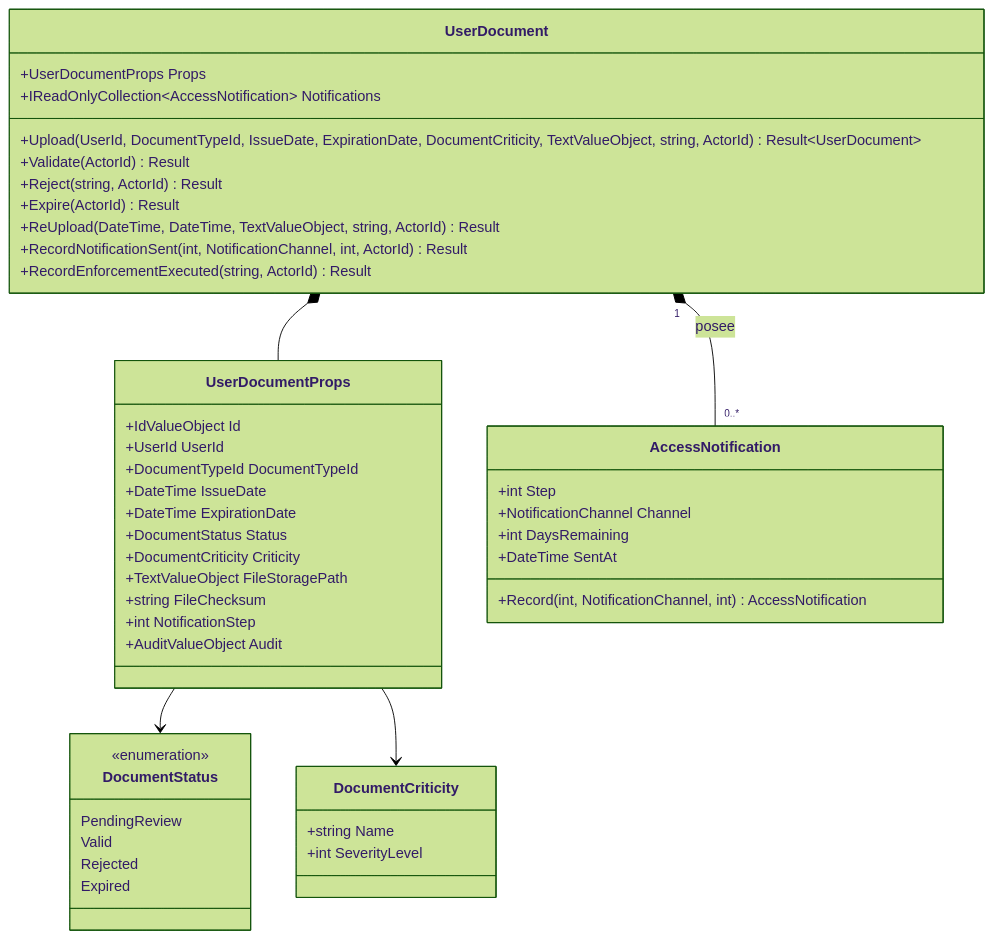
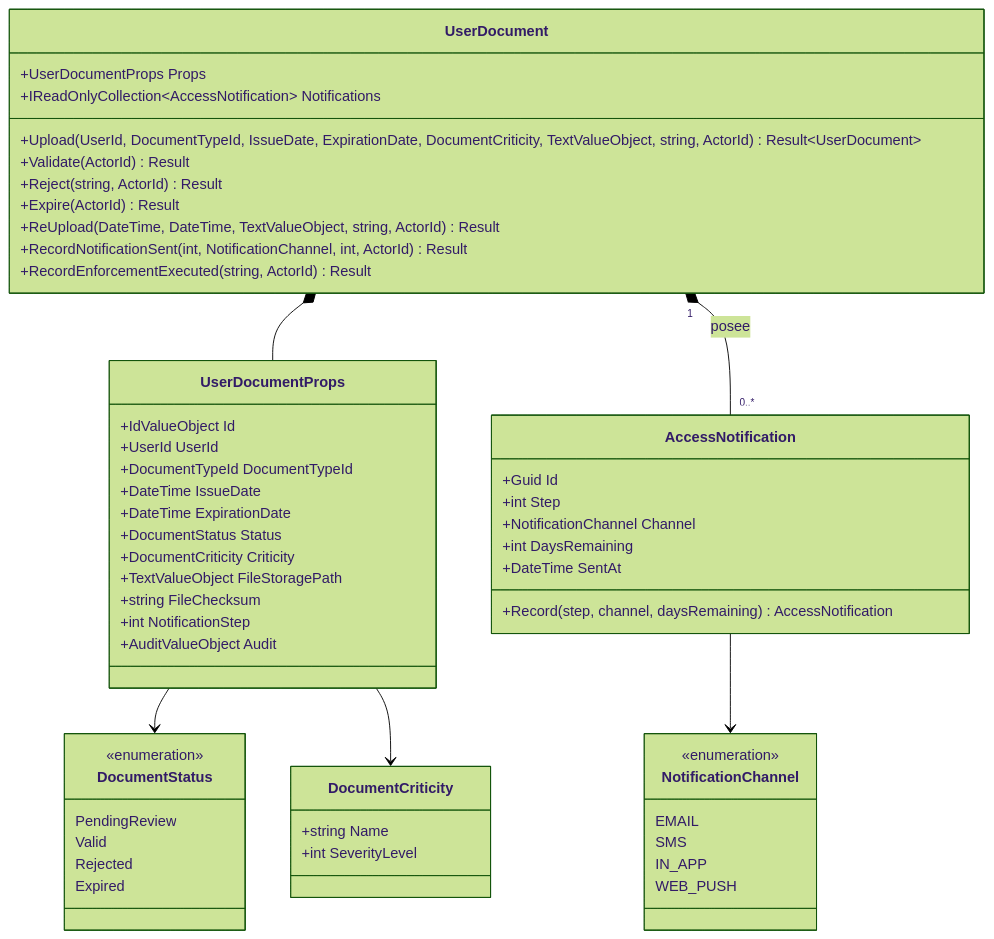
Before and after one commit to beyondnetcode/ums: the first of 4 diagrams in docs/domain-es/approvals/user-document.md, drawn with Mermaid (forest theme). The commit also changed other lines of this file and 19 other files, not shown here.

````diff
--- a/docs/domain-es/approvals/user-document.md
+++ b/docs/domain-es/approvals/user-document.md
@@ -71,51 +83,60 @@
 ```mermaid
 classDiagram
     direction TB
     class UserDocument {
         +UserDocumentProps Props
         +IReadOnlyCollection~AccessNotification~ Notifications
         +Upload(UserId, DocumentTypeId, IssueDate, ExpirationDate, DocumentCriticity, TextValueObject, string, ActorId) Result~UserDocument~
         +Validate(ActorId) Result
         +Reject(string, ActorId) Result
         +Expire(ActorId) Result
         +ReUpload(DateTime, DateTime, TextValueObject, string, ActorId) Result
         +RecordNotificationSent(int, NotificationChannel, int, ActorId) Result
         +RecordEnforcementExecuted(string, ActorId) Result
     }
     class UserDocumentProps {
         +IdValueObject Id
         +UserId UserId
         +DocumentTypeId DocumentTypeId
         +DateTime IssueDate
         +DateTime ExpirationDate
         +DocumentStatus Status
         +DocumentCriticity Criticity
         +TextValueObject FileStoragePath
         +string FileChecksum
         +int NotificationStep
         +AuditValueObject Audit
     }
     class AccessNotification {
+        +Guid Id
         +int Step
         +NotificationChannel Channel
         +int DaysRemaining
         +DateTime SentAt
-        +Record(int, NotificationChannel, int) AccessNotification
+        +Record(step, channel, daysRemaining) AccessNotification
     }
     class DocumentStatus {
         <<enumeration>>
         PendingReview
         Valid
         Rejected
         Expired
     }
     class DocumentCriticity {
         +string Name
         +int SeverityLevel
     }
+    class NotificationChannel {
+        <<enumeration>>
+        EMAIL
+        SMS
+        IN_APP
+        WEB_PUSH
+    }
 
     UserDocument *-- UserDocumentProps
     UserDocument "1" *-- "0..*" AccessNotification : posee
     UserDocumentProps --> DocumentStatus
     UserDocumentProps --> DocumentCriticity
+    AccessNotification --> NotificationChannel
 ```
````
